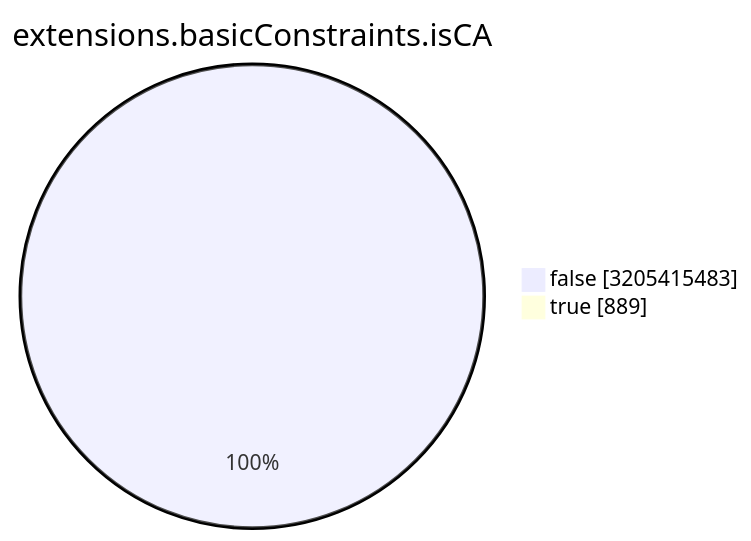
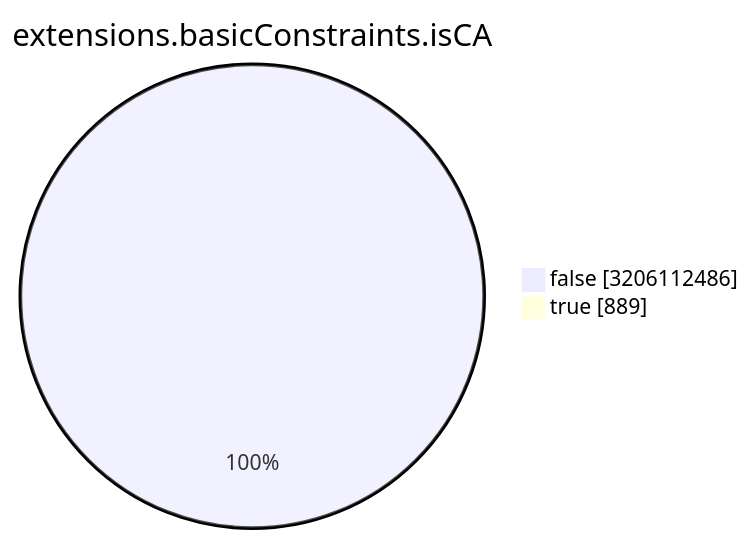
The seventh of 15 diagrams in TOTAL/README.md (christiankrug/ctmonitor_visualization), drawn with Mermaid before and after one commit. The commit also changed other lines of this file, not shown here.

````diff
--- a/TOTAL/README.md
+++ b/TOTAL/README.md
@@ -3088,6 +3088,6 @@
 ```mermaid
 pie showData
 title extensions.basicConstraints.isCA
-"false" :3205415483
+"false" :3206112486
 "true" :889
 ```
````
